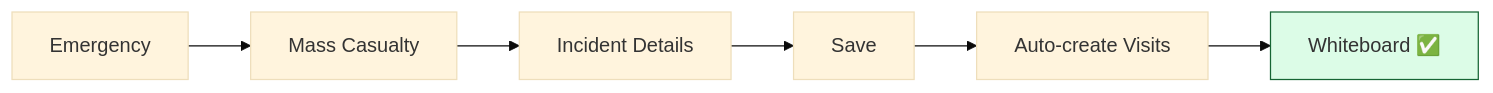
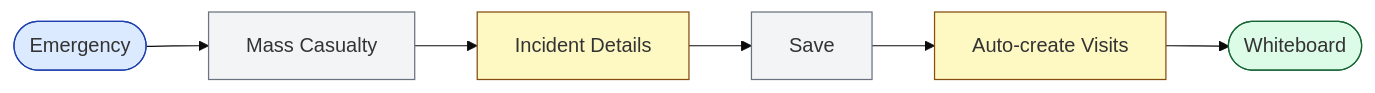
The diagram in public/charts/mass-casualty-registration.mmd (npnatt12/KMCH-HIS-Wiki), drawn with Mermaid (base theme) before and after one commit. The commit also changed 96 other files, not shown here.

First line of the commit message:
feat(portal): Phase 2 complete — cheat sheets, charts, and routes

```diff
--- a/public/charts/mass-casualty-registration.mmd
+++ b/public/charts/mass-casualty-registration.mmd
@@ -1,7 +1,12 @@
 graph LR
-  A[Emergency] --> B[Mass Casualty]
+  A([Emergency]) --> B[Mass Casualty]
   B --> C[Incident Details]
   C --> D[Save]
   D --> E[Auto-create Visits]
-  E --> F[Whiteboard ✅]
+  E --> F([Whiteboard])
+  style A fill:#dbeafe,stroke:#1e40af
+  style B fill:#f3f4f6,stroke:#6b7280
+  style C fill:#fef9c3,stroke:#854d0e
+  style D fill:#f3f4f6,stroke:#6b7280
+  style E fill:#fef9c3,stroke:#854d0e
   style F fill:#dcfce7,stroke:#166534
```
